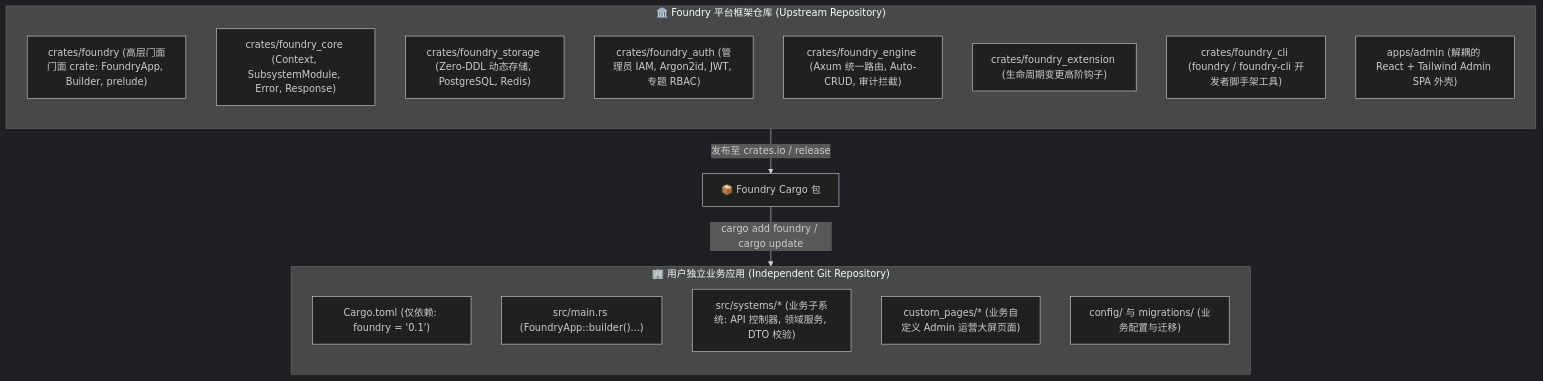
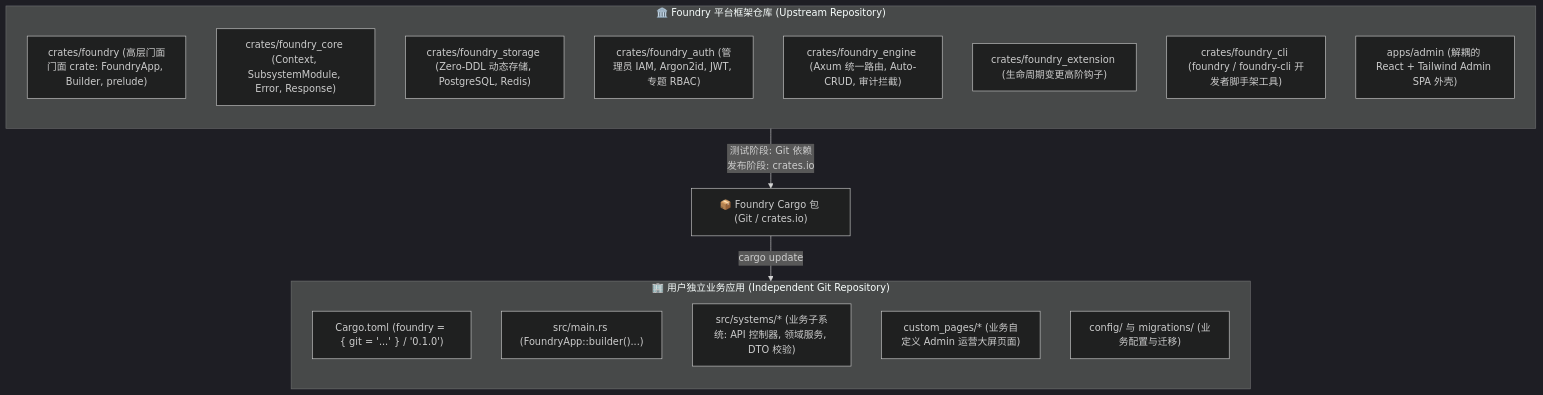
Before and after one commit to FoundKit/foundry: the first of 2 diagrams in docs/src/content/docs/zh/architecture/blueprint.md, drawn with Mermaid (dark theme). The commit also changed 15 other files, not shown here.

````diff
--- a/docs/src/content/docs/zh/architecture/blueprint.md
+++ b/docs/src/content/docs/zh/architecture/blueprint.md
@@ -20,27 +20,27 @@
 ```mermaid
 flowchart TD
     subgraph FrameworkRepo["🏛️ Foundry 平台框架仓库 (Upstream Repository)"]
         direction TB
         F_Facade["crates/foundry (高层门面门面 crate: FoundryApp, Builder, prelude)"]
         F_Core["crates/foundry_core (Context, SubsystemModule, Error, Response)"]
         F_Storage["crates/foundry_storage (Zero-DDL 动态存储, PostgreSQL, Redis)"]
         F_Auth["crates/foundry_auth (管理员 IAM, Argon2id, JWT, 专题 RBAC)"]
         F_Engine["crates/foundry_engine (Axum 统一路由, Auto-CRUD, 审计拦截)"]
         F_Ext["crates/foundry_extension (生命周期变更高阶钩子)"]
         F_CLI["crates/foundry_cli (foundry / foundry-cli 开发者脚手架工具)"]
         F_Admin["apps/admin (解耦的 React + Tailwind Admin SPA 外壳)"]
     end
 
-    FrameworkRepo -->|"发布至 crates.io / release"| CratesIO["📦 Foundry Cargo 包"]
+    FrameworkRepo -->|"测试阶段: Git 依赖<br/>发布阶段: crates.io"| CratesIO["📦 Foundry Cargo 包 (Git / crates.io)"]
 
     subgraph UserApp["🏢 用户独立业务应用 (Independent Git Repository)"]
         direction TB
-        App_Cargo["Cargo.toml (仅依赖: foundry = '0.1')"]
+        App_Cargo["Cargo.toml (foundry = { git = '...' } / '0.1.0')"]
         App_Main["src/main.rs (FoundryApp::builder()...)"]
         App_Systems["src/systems/* (业务子系统: API 控制器, 领域服务, DTO 校验)"]
         App_Admin["custom_pages/* (业务自定义 Admin 运营大屏页面)"]
         App_Config["config/ 与 migrations/ (业务配置与迁移)"]
     end
 
-    CratesIO -->|"cargo add foundry / cargo update"| UserApp
+    CratesIO -->|"cargo update"| UserApp
 ```
````
